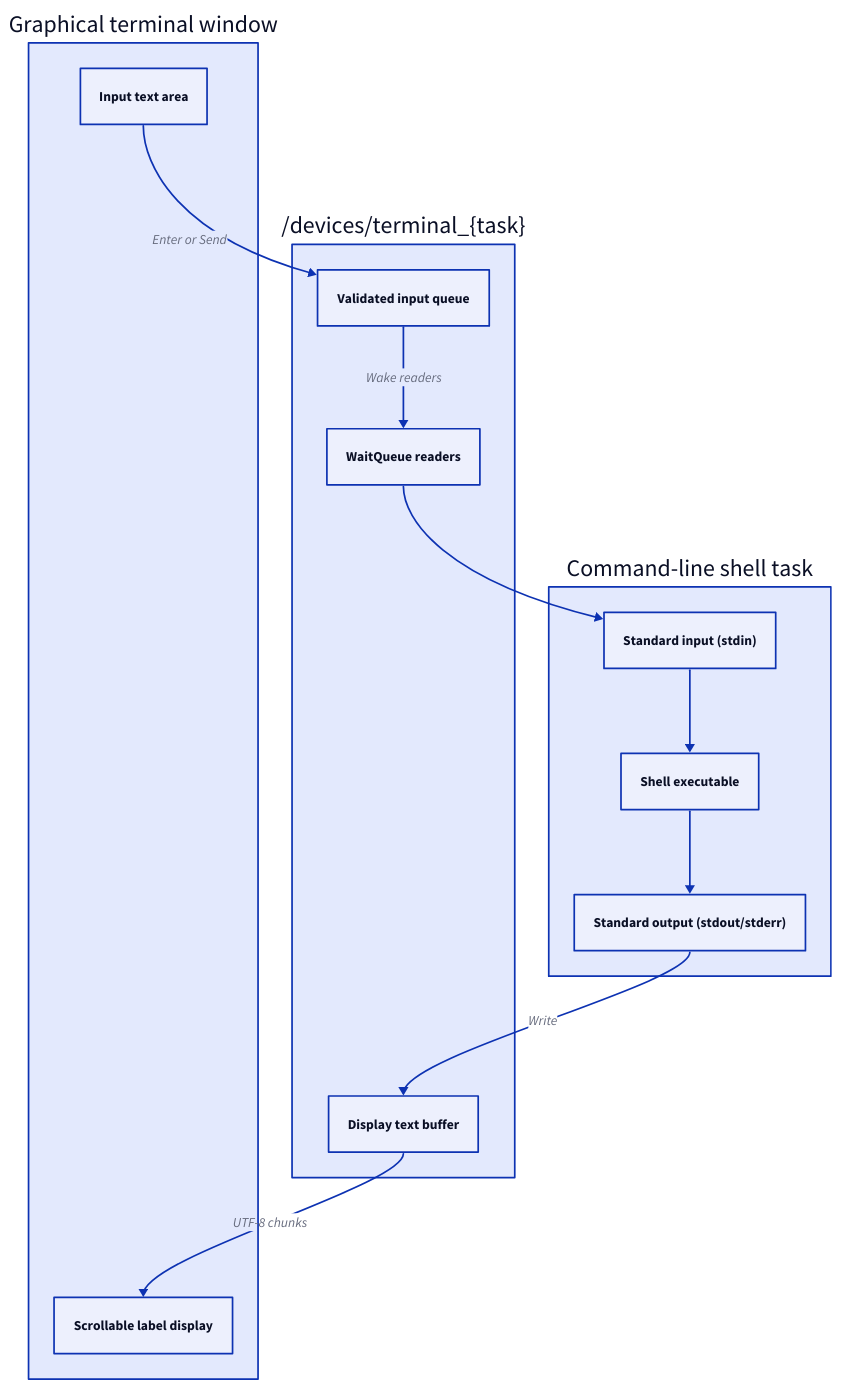
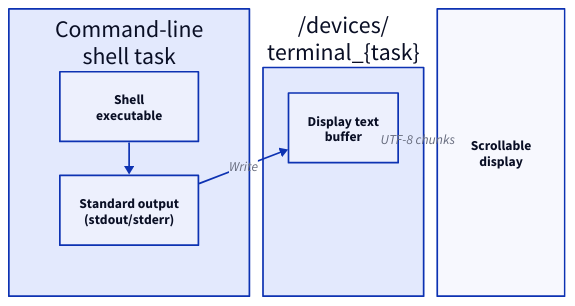
Before and after one commit to xila-project/website: the second of 2 diagrams in src/content/docs/explanation/architecture/executables/terminal.mdx, drawn with D2. The commit also changed other lines of this file and 3 other files, not shown here.

First line of the commit message:
docs(diagrams): lay out the executables diagrams within 800 pixels

````diff
--- a/src/content/docs/explanation/architecture/executables/terminal.mdx
+++ b/src/content/docs/explanation/architecture/executables/terminal.mdx
@@ -31,29 +60,20 @@
-```d2 title="Data flow between the terminal window, the character device, and the shell task"
-direction: down
+```d2 title="Output path from the shell task to the terminal window display"
+grid-columns: 3
+grid-gap: 16
 
-gui: Graphical terminal window {
+shell: "Command-line\nshell task" {
   class: layer
-  input: Input text area { class: io }
-  display: Scrollable label display { class: io }
+  grid-rows: 2
+  executable: "Shell\nexecutable" { class: component }
+  stdout: "Standard output\n(stdout/stderr)" { class: io }
 }
-device: "/devices/terminal_{task}" {
+device: "/devices/\nterminal_{task}" {
   class: layer
-  queue: Validated input queue { class: component }
-  waiters: WaitQueue readers { class: component }
-  buffer: Display text buffer { class: component }
+  buffer: "Display text\nbuffer" { class: component }
 }
-shell: Command-line shell task {
-  class: layer
-  stdin: "Standard input (stdin)" { class: io }
-  executable: Shell executable { class: component }
-  stdout: "Standard output (stdout/stderr)" { class: io }
-}
+display: "Scrollable\ndisplay" { class: io; width: 150; height: 80 }
 
-gui.input -> device.queue: Enter or Send
-device.queue -> device.waiters: Wake readers
-device.waiters -> shell.stdin
-shell.stdin -> shell.executable
 shell.executable -> shell.stdout
 shell.stdout -> device.buffer: Write
-device.buffer -> gui.display: UTF-8 chunks
+device.buffer -> display: UTF-8 chunks
 ```
````
